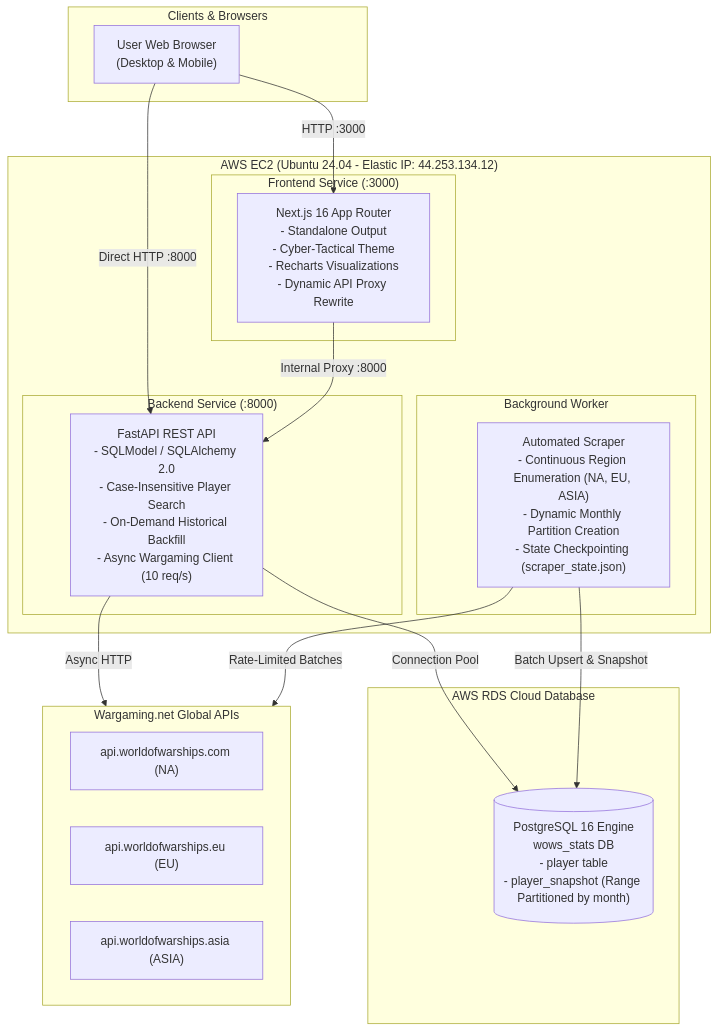
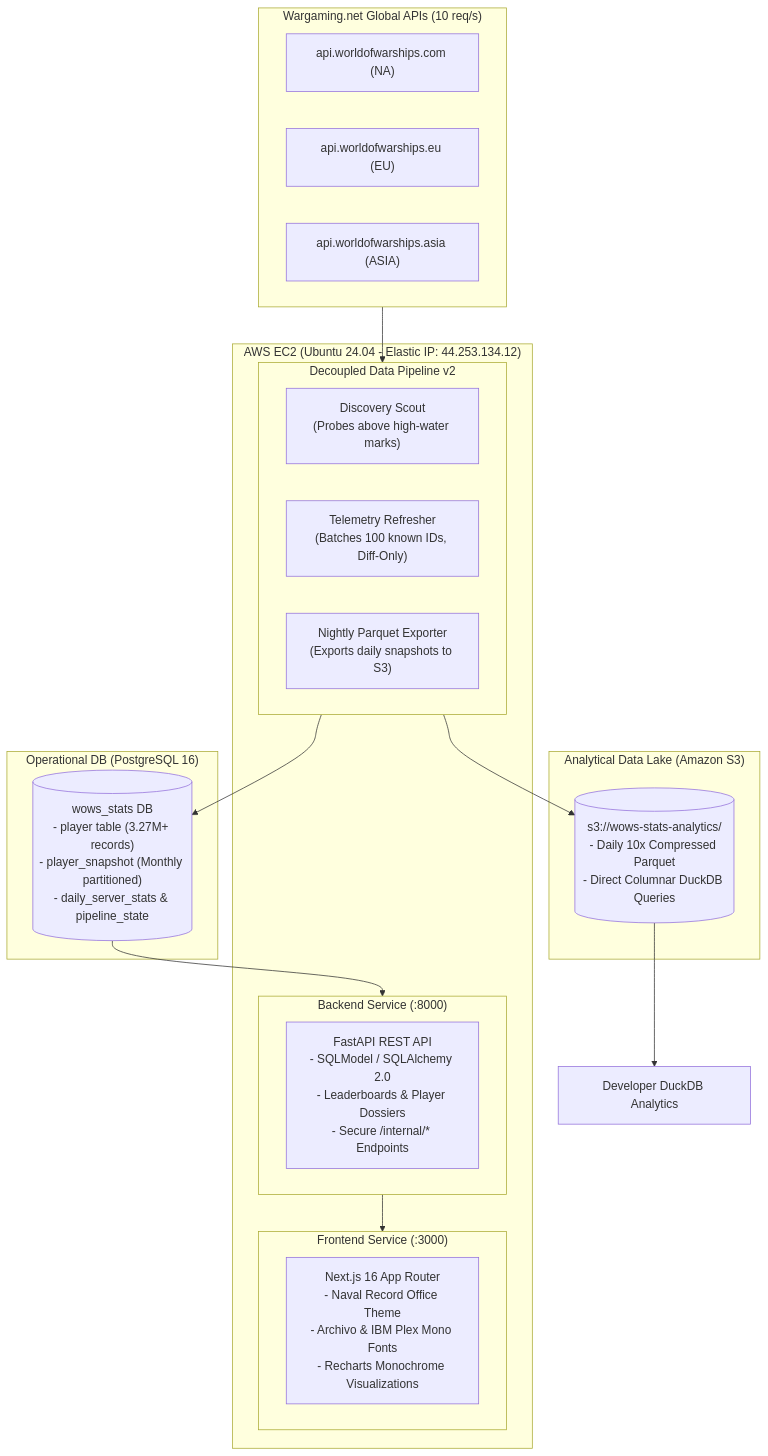
One commit to WilliamOnVoyage/World-of-Warships-Stats-Analysis changed the diagram in README.md. Above: the diagram before and after it, drawn with Mermaid. The commit also changed other lines of this file and 20 other files, not shown here.

Commit message:
Implement v2: Naval Record Office theme, decoupled pipeline, DuckDB lakehouse, and developer runbook

````diff
--- a/README.md
+++ b/README.md
@@ -33,38 +32,39 @@
 ```mermaid
 flowchart TD
-    subgraph Users ["Clients & Browsers"]
-        Browser["User Web Browser\n(Desktop & Mobile)"]
-    end
-
-    subgraph EC2 ["AWS EC2 (Ubuntu 24.04 - Elastic IP: 44.253.134.12)"]
-        subgraph FrontendService ["Frontend Service (:3000)"]
-            NextApp["Next.js 16 App Router\n- Standalone Output\n- Cyber-Tactical Theme\n- Recharts Visualizations\n- Dynamic API Proxy Rewrite"]
-        end
-
-        subgraph BackendService ["Backend Service (:8000)"]
-            FastAPIApp["FastAPI REST API\n- SQLModel / SQLAlchemy 2.0\n- Case-Insensitive Player Search\n- On-Demand Historical Backfill\n- Async Wargaming Client (10 req/s)"]
-        end
-
-        subgraph WorkerService ["Background Worker"]
-            Scraper["Automated Scraper\n- Continuous Region Enumeration (NA, EU, ASIA)\n- Dynamic Monthly Partition Creation\n- State Checkpointing (scraper_state.json)"]
-        end
-    end
-
-    subgraph AWS_RDS ["AWS RDS Cloud Database"]
-        Postgres[("PostgreSQL 16 Engine\nwows_stats DB\n- player table\n- player_snapshot (Range Partitioned by month)")]
-    end
-
-    subgraph WargamingAPI ["Wargaming.net Global APIs"]
+    subgraph WargamingAPI ["Wargaming.net Global APIs (10 req/s)"]
         WG_NA["api.worldofwarships.com (NA)"]
         WG_EU["api.worldofwarships.eu (EU)"]
         WG_ASIA["api.worldofwarships.asia (ASIA)"]
     end
 
-    Browser -->|HTTP :3000| NextApp
-    Browser -->|Direct HTTP :8000| FastAPIApp
-    NextApp -->|Internal Proxy :8000| FastAPIApp
-    FastAPIApp -->|Connection Pool| Postgres
-    Scraper -->|Batch Upsert & Snapshot| Postgres
-    FastAPIApp -->|Async HTTP| WargamingAPI
-    Scraper -->|Rate-Limited Batches| WargamingAPI
+    subgraph EC2 ["AWS EC2 (Ubuntu 24.04 - Elastic IP: 44.253.134.12)"]
+        subgraph Pipeline ["Decoupled Data Pipeline v2"]
+            Scout["Discovery Scout\n(Probes above high-water marks)"]
+            Refresher["Telemetry Refresher\n(Batches 100 known IDs, Diff-Only)"]
+            Exporter["Nightly Parquet Exporter\n(Exports daily snapshots to S3)"]
+        end
+
+        subgraph BackendService ["Backend Service (:8000)"]
+            FastAPIApp["FastAPI REST API\n- SQLModel / SQLAlchemy 2.0\n- Leaderboards & Player Dossiers\n- Secure /internal/* Endpoints"]
+        end
+
+        subgraph FrontendService ["Frontend Service (:3000)"]
+            NextApp["Next.js 16 App Router\n- Naval Record Office Theme\n- Archivo & IBM Plex Mono Fonts\n- Recharts Monochrome Visualizations"]
+        end
+    end
+
+    subgraph AWS_RDS ["Operational DB (PostgreSQL 16)"]
+        Postgres[("wows_stats DB\n- player table (3.27M+ records)\n- player_snapshot (Monthly partitioned)\n- daily_server_stats & pipeline_state")]
+    end
+
+    subgraph AWS_S3 ["Analytical Data Lake (Amazon S3)"]
+        ParquetLake[("s3://wows-stats-analytics/\n- Daily 10x Compressed Parquet\n- Direct Columnar DuckDB Queries")]
+    end
+
+    WargamingAPI --> Pipeline
+    Pipeline --> Postgres
+    Pipeline --> ParquetLake
+    Postgres --> BackendService
+    BackendService --> FrontendService
+    ParquetLake --> Developer["Developer DuckDB Analytics"]
 ```
````
